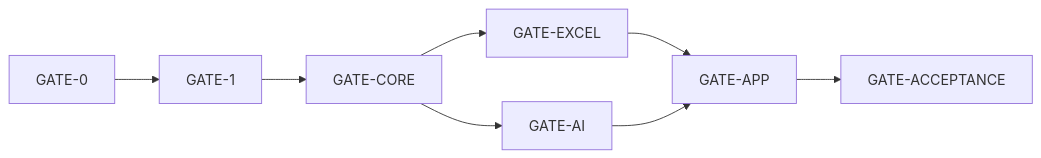
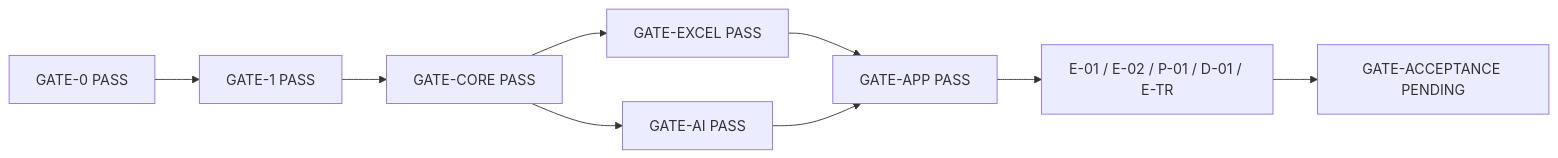
The diagram in docs-dev/traceability.md (dahatake/StudyReport-Evaluator), drawn with Mermaid before and after one commit. The commit also changed other lines of this file, not shown here.

````diff
--- a/docs-dev/traceability.md
+++ b/docs-dev/traceability.md
@@ -126,10 +182,11 @@
 ```mermaid
 flowchart LR
-    G0[GATE-0] --> G1[GATE-1]
-    G1 --> GC[GATE-CORE]
-    GC --> GX[GATE-EXCEL]
-    GC --> GA[GATE-AI]
-    GX --> GU[GATE-APP]
+    G0[GATE-0 PASS] --> G1[GATE-1 PASS]
+    G1 --> GC[GATE-CORE PASS]
+    GC --> GX[GATE-EXCEL PASS]
+    GC --> GA[GATE-AI PASS]
+    GX --> GU[GATE-APP PASS]
     GA --> GU
-    GU --> GE[GATE-ACCEPTANCE]
+    GU --> ET[E-01 / E-02 / P-01 / D-01 / E-TR]
+    ET --> GE[GATE-ACCEPTANCE PENDING]
 ```
````
